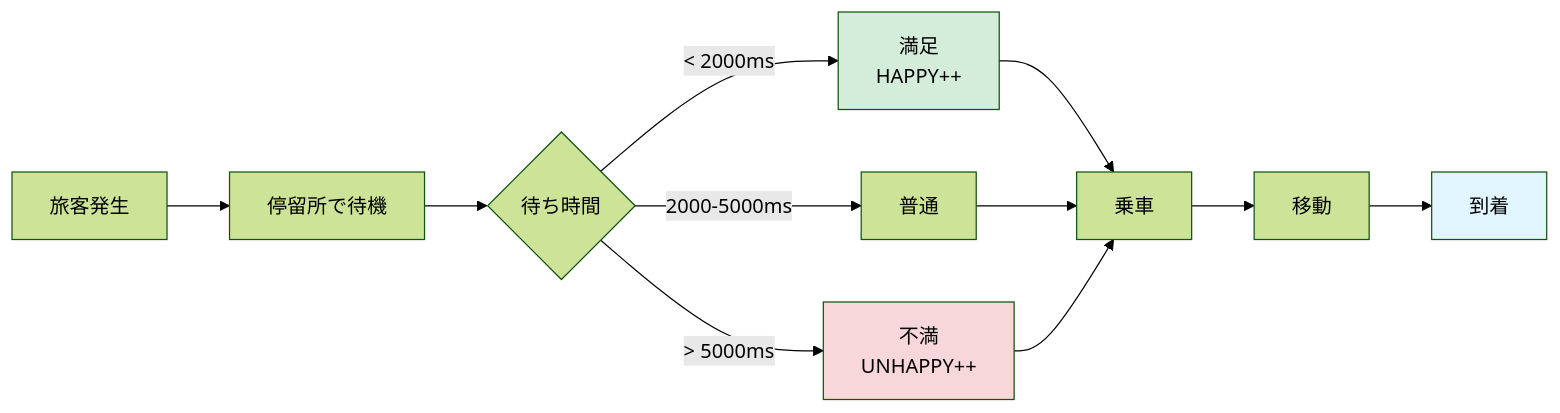
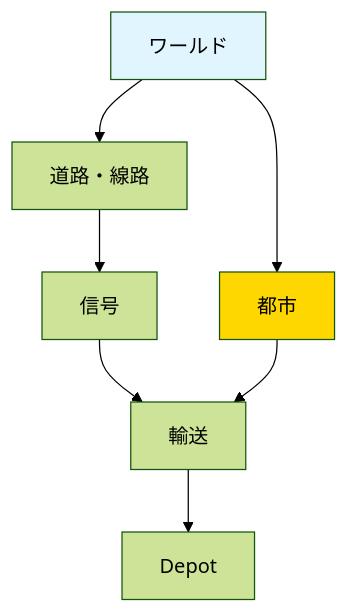
The third of 4 diagrams in docs_ja/architecture/FEATURES.md (128na/simutrans), drawn with Mermaid (forest theme) before and after one commit. The commit also changed other lines of this file and 4 other files, not shown here.

````diff
--- a/docs_ja/architecture/FEATURES.md
+++ b/docs_ja/architecture/FEATURES.md
@@ -686,19 +66,12 @@
 ```mermaid
-graph LR
-    Spawn[旅客発生] --> Wait[停留所で待機]
-    Wait --> Check{待ち時間}
-    Check -->|< 2000ms| Happy[満足<br/>HAPPY++]
-    Check -->|2000-5000ms| Normal[普通]
-    Check -->|> 5000ms| Unhappy[不満<br/>UNHAPPY++]
+graph TD
+    World[ワールド] --> Stadt[都市]
+    World --> Way[道路・線路]
+    Way --> Signal[信号]
+    Signal --> Transport[輸送]
+    Stadt --> Transport
+    Transport --> Depot[Depot]
 
-    Happy --> Board[乗車]
-    Normal --> Board
-    Unhappy --> Board
-
-    Board --> Travel[移動]
-    Travel --> Arrive[到着]
-
-    style Happy fill:#d4edda
-    style Unhappy fill:#f8d7da
-    style Arrive fill:#e1f5ff
+    style World fill:#e1f5ff
+    style Stadt fill:#FFD700
 ```
````
